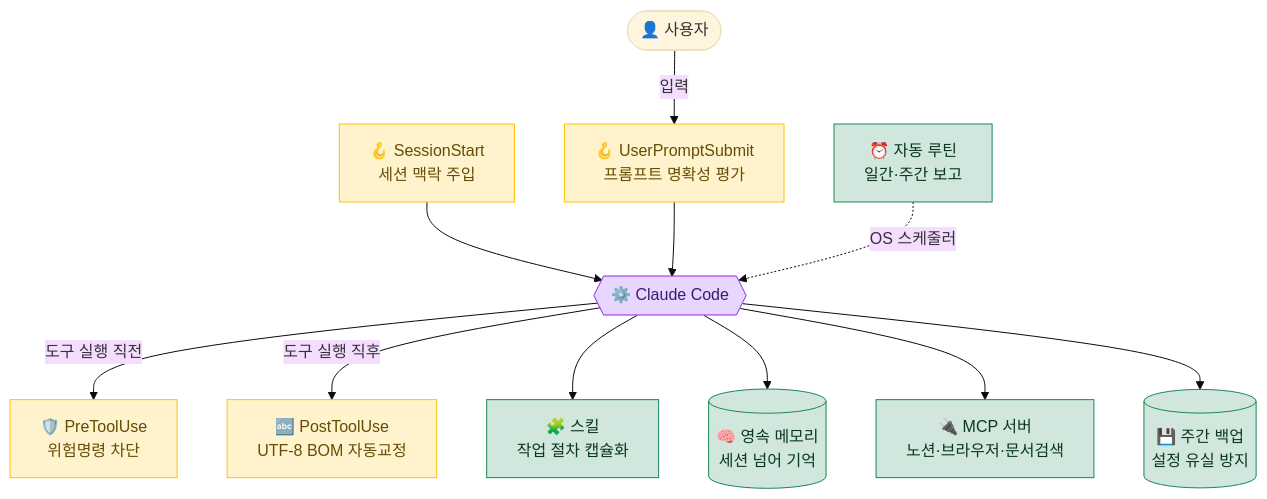
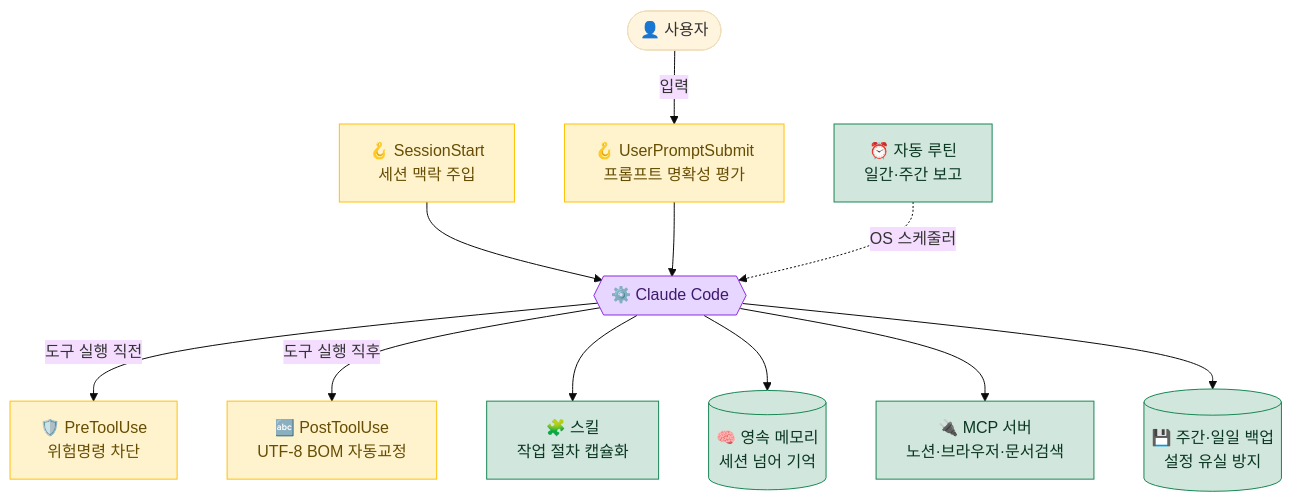
The diagram in README.md (Ihan0316/claude-code-toolkit), drawn with Mermaid (base theme) before and after one commit. The commit also changed other lines of this file and 16 other files, not shown here.

````diff
--- a/README.md
+++ b/README.md
@@ -43,20 +43,20 @@
 ```mermaid
 flowchart TB
     U(["👤 사용자"]) -->|입력| H1["🪝 UserPromptSubmit<br/>프롬프트 명확성 평가"]
     SS["🪝 SessionStart<br/>세션 맥락 주입"] --> CC
     H1 --> CC{{"⚙️ Claude Code"}}
     CC -->|도구 실행 직전| H2["🛡️ PreToolUse<br/>위험명령 차단"]
     CC -->|도구 실행 직후| H3["🔤 PostToolUse<br/>UTF-8 BOM 자동교정"]
     CC --> SK["🧩 스킬<br/>작업 절차 캡슐화"]
     CC --> MEM[("🧠 영속 메모리<br/>세션 넘어 기억")]
     CC --> MCP["🔌 MCP 서버<br/>노션·브라우저·문서검색"]
     SCH["⏰ 자동 루틴<br/>일간·주간 보고"] -.->|OS 스케줄러| CC
-    CC --> BK[("💾 주간 백업<br/>설정 유실 방지")]
+    CC --> BK[("💾 주간·일일 백업<br/>설정 유실 방지")]
 
     classDef hook fill:#fff3cd,stroke:#ffc107,color:#664d03;
     classDef core fill:#e7d6ff,stroke:#8A2BE2,color:#3d1a6b;
     classDef ext fill:#d1e7dd,stroke:#198754,color:#0a3622;
     class H1,H2,H3,SS hook;
     class CC core;
     class SK,MEM,MCP,SCH,BK ext;
 ```
````
